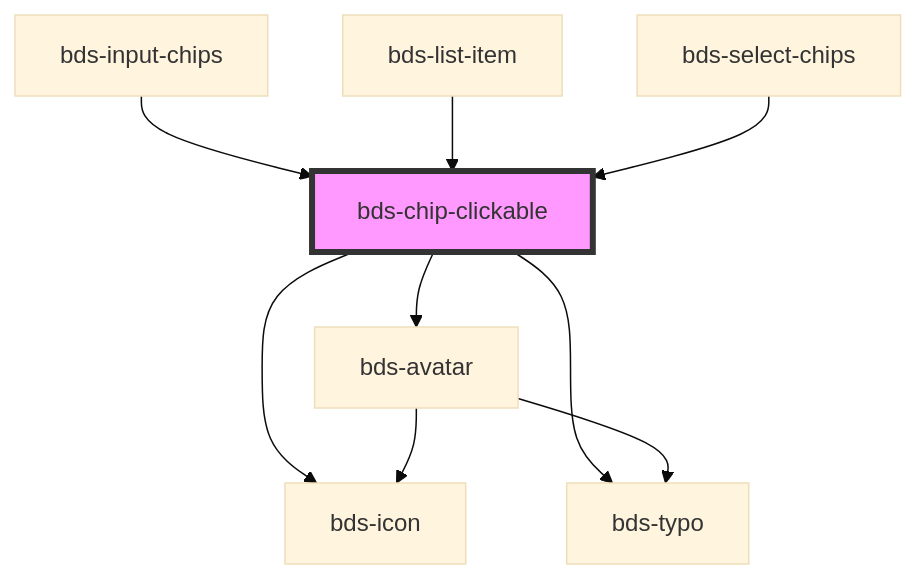
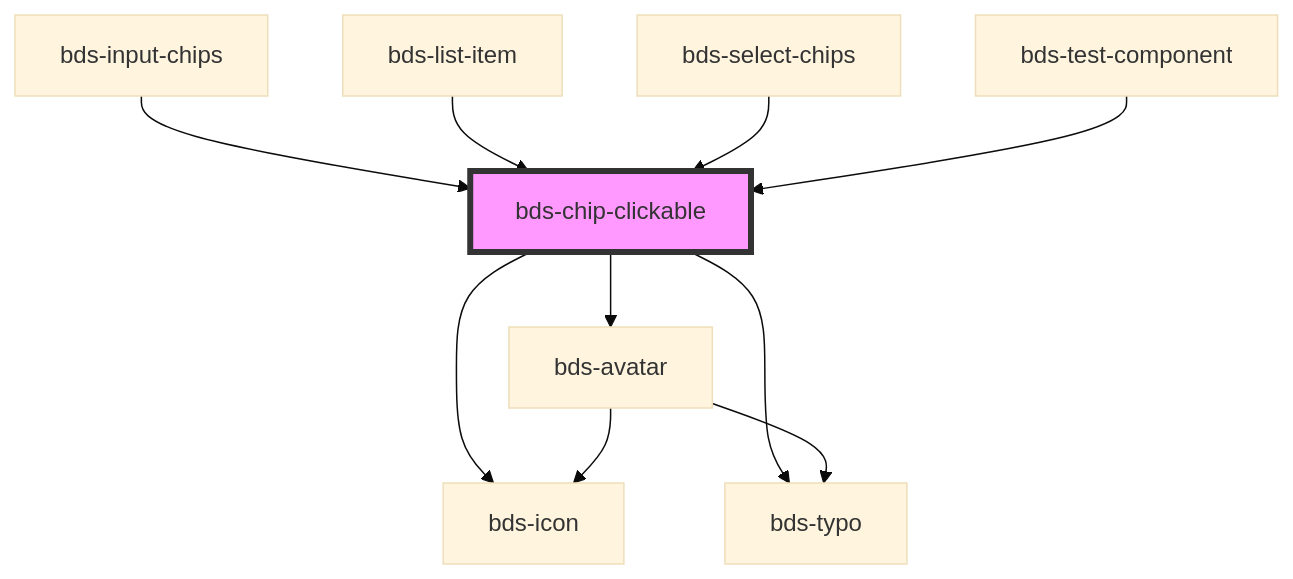
One commit to takenet/blip-ds changed the diagram in src/components/chip-clickable/readme.md. Above: the diagram before and after it, drawn with Mermaid (base theme). The commit also changed other lines of this file and 73 other files, not shown here.

````diff
--- a/src/components/chip-clickable/readme.md
+++ b/src/components/chip-clickable/readme.md
@@ -45,12 +46,13 @@
 ```mermaid
 graph TD;
   bds-chip-clickable --> bds-icon
   bds-chip-clickable --> bds-avatar
   bds-chip-clickable --> bds-typo
   bds-avatar --> bds-typo
   bds-avatar --> bds-icon
   bds-input-chips --> bds-chip-clickable
   bds-list-item --> bds-chip-clickable
   bds-select-chips --> bds-chip-clickable
+  bds-test-component --> bds-chip-clickable
   style bds-chip-clickable fill:#f9f,stroke:#333,stroke-width:4px
 ```
````
